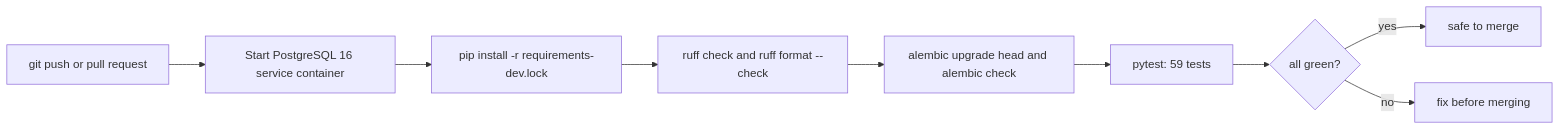
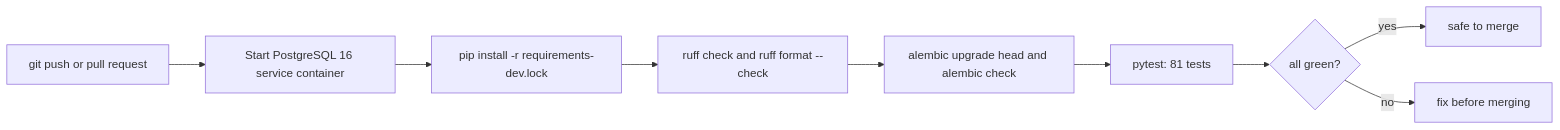
One commit to revant123/QuickServe changed the seventh of 10 diagrams in README.md. Above: the diagram before and after it, drawn with Mermaid. The commit also changed other lines of this file and 28 other files, not shown here.

````diff
--- a/README.md
+++ b/README.md
@@ -427,11 +437,11 @@
 ```mermaid
 flowchart LR
     push["git push or pull request"] --> pg["Start PostgreSQL 16 service container"]
     pg --> inst["pip install -r requirements-dev.lock"]
     inst --> lint["ruff check and ruff format --check"]
     lint --> mig["alembic upgrade head and alembic check"]
-    mig --> test["pytest: 59 tests"]
+    mig --> test["pytest: 81 tests"]
     test --> ok{"all green?"}
     ok -->|yes| merge["safe to merge"]
     ok -->|no| fix["fix before merging"]
 ```
````
